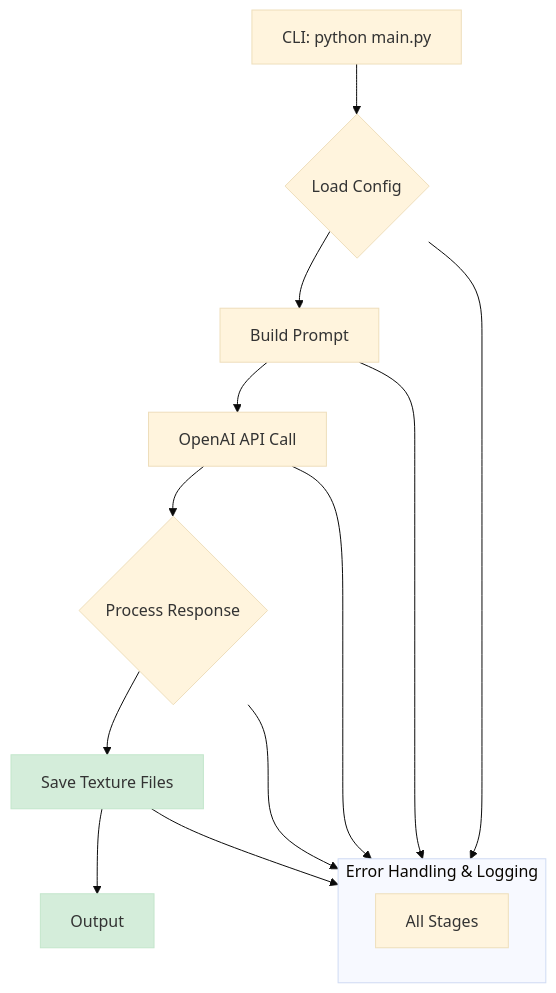
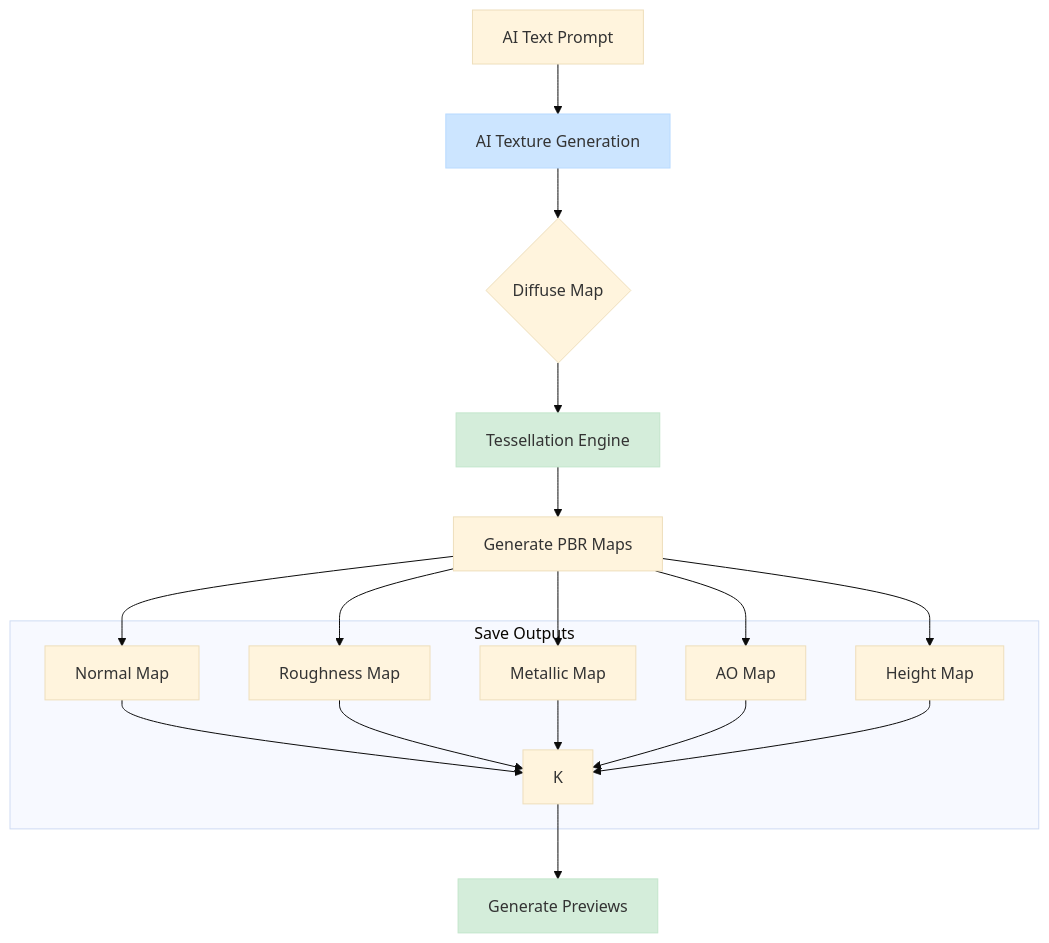
One commit to jjohare/tessellating-pbr-generator changed the diagram in README.md. Above: the diagram before and after it, drawn with Mermaid (base theme). The commit also changed other lines of this file and 154 other files, not shown here.

````diff
--- a/README.md
+++ b/README.md
@@ -206,23 +135,24 @@
 ```mermaid
 graph TD
-    A[CLI: python main.py] --> B{Load Config};
-    B --> C[Build Prompt];
-    C --> D[OpenAI API Call];
-    D --> E{Process Response};
-    E --> F[Save Texture Files];
-    F --> G[Output];
+    A[AI Text Prompt] --> B[AI Texture Generation];
+    B --> C{Diffuse Map};
+    C --> D[Tessellation Engine];
+    D --> E[Generate PBR Maps];
+    E --> F[Normal Map];
+    E --> G[Roughness Map];
+    E --> H[Metallic Map];
+    E --> I[AO Map];
+    E --> J[Height Map];
+    subgraph Save Outputs
+        F --> K;
+        G --> K;
+        H --> K;
+        I --> K;
+        J --> K;
+    end
+    K --> L[Generate Previews];
 
-    subgraph Error Handling & Logging
-        direction LR
-        H[All Stages]
-    end
-
-    B --> H;
-    C --> H;
-    D --> H;
-    E --> H;
-    F --> H;
-
-    style F fill:#d4edda,stroke:#c3e6cb
-    style G fill:#d4edda,stroke:#c3e6cb
+    style B fill:#cce5ff,stroke:#b8daff
+    style D fill:#d4edda,stroke:#c3e6cb
+    style L fill:#d4edda,stroke:#c3e6cb
 ```
````
